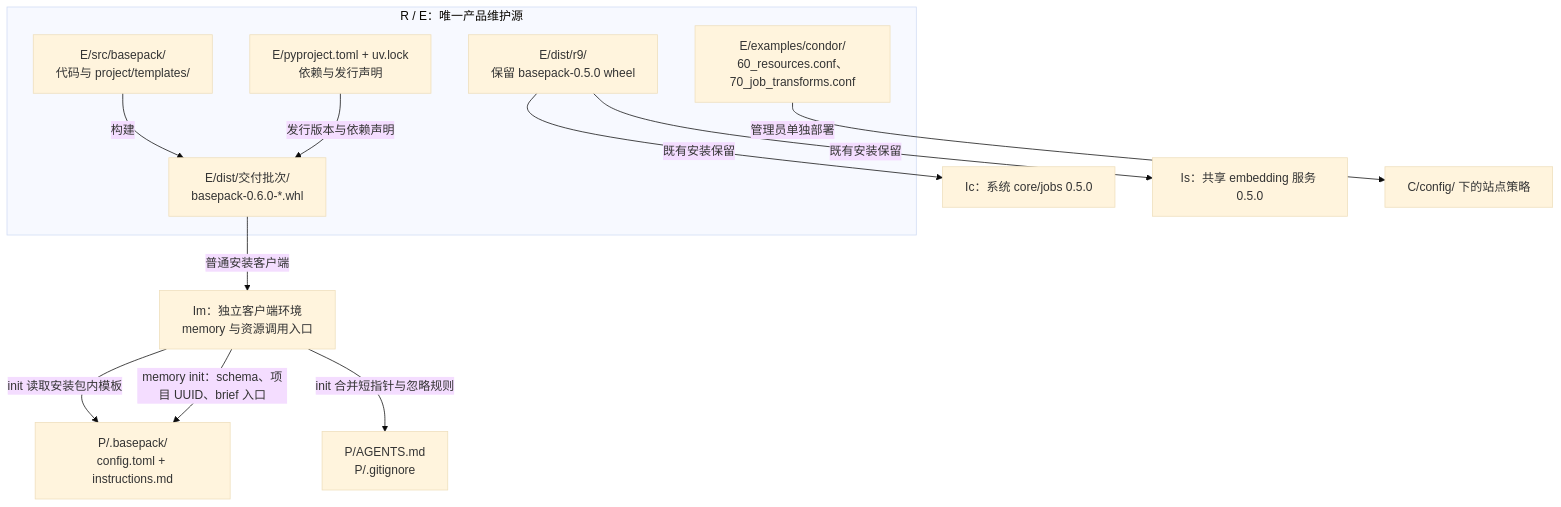
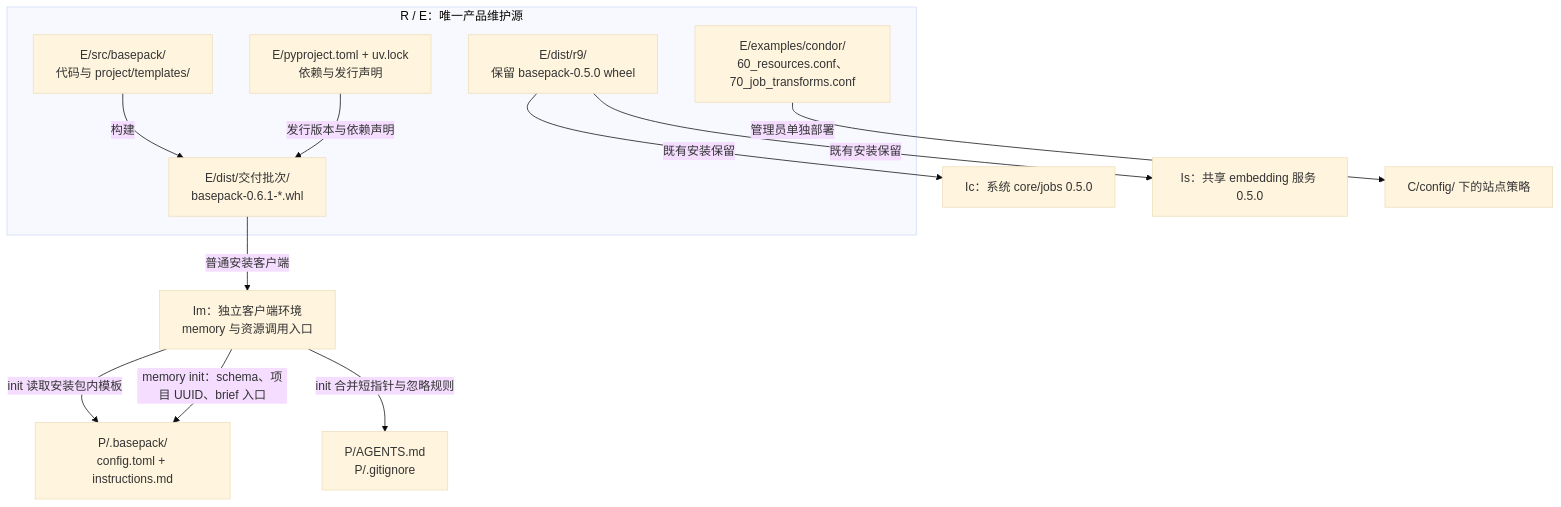
The first of 8 diagrams in devDoc/system/diagrams.md (YS-Pan/basePack), drawn with Mermaid (base theme) before and after one commit. The commit also changed other lines of this file and 12 other files, not shown here.

````diff
--- a/devDoc/system/diagrams.md
+++ b/devDoc/system/diagrams.md
@@ -22,19 +22,19 @@
 ```mermaid
 flowchart TB
   subgraph source["R / E：唯一产品维护源"]
     code["E/src/basepack/<br/>代码与 project/templates/"]
     deps["E/pyproject.toml + uv.lock<br/>依赖与发行声明"]
-    wheel["E/dist/交付批次/<br/>basepack-0.6.0-*.whl"]
+    wheel["E/dist/交付批次/<br/>basepack-0.6.1-*.whl"]
     r9["E/dist/r9/<br/>保留 basepack-0.5.0 wheel"]
     policy["E/examples/condor/<br/>60_resources.conf、70_job_transforms.conf"]
     code -->|构建| wheel
     deps -->|发行版本与依赖声明| wheel
   end
   wheel -->|普通安装客户端| memory["Im：独立客户端环境<br/>memory 与资源调用入口"]
   r9 -->|既有安装保留| core["Ic：系统 core/jobs 0.5.0"]
   r9 -->|既有安装保留| service["Is：共享 embedding 服务 0.5.0"]
   policy -->|管理员单独部署| condor["C/config/ 下的站点策略"]
   memory -->|init 读取安装包内模板| instance["P/.basepack/<br/>config.toml + instructions.md"]
   memory -->|init 合并短指针与忽略规则| entry["P/AGENTS.md<br/>P/.gitignore"]
   memory -->|memory init：schema、项目 UUID、brief 入口| instance
 ```
````
